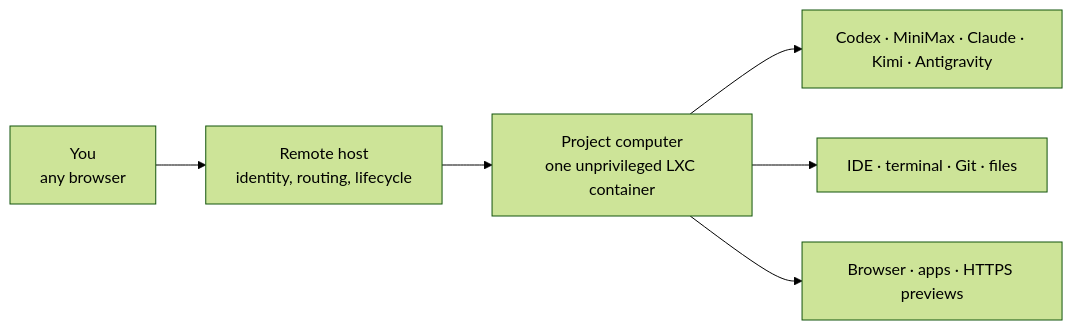
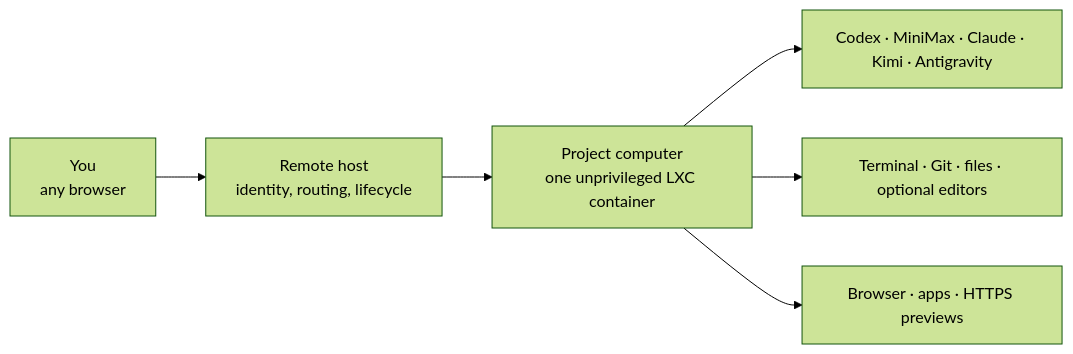
One commit to Ahmedwaleed22/remote.futrx changed the diagram in README.md. Above: the diagram before and after it, drawn with Mermaid (forest theme). The commit also changed other lines of this file and 80 other files, not shown here.

````diff
--- a/README.md
+++ b/README.md
@@ -261,8 +253,8 @@
 ```mermaid
 flowchart LR
     A["You<br>any browser"] --> B["Remote host<br>identity, routing, lifecycle"]
     B --> C["Project computer<br>one unprivileged LXC container"]
     C --> D["Codex · MiniMax · Claude · Kimi · Antigravity"]
-    C --> E["IDE · terminal · Git · files"]
+    C --> E["Terminal · Git · files · optional editors"]
     C --> F["Browser · apps · HTTPS previews"]
 ```
````
